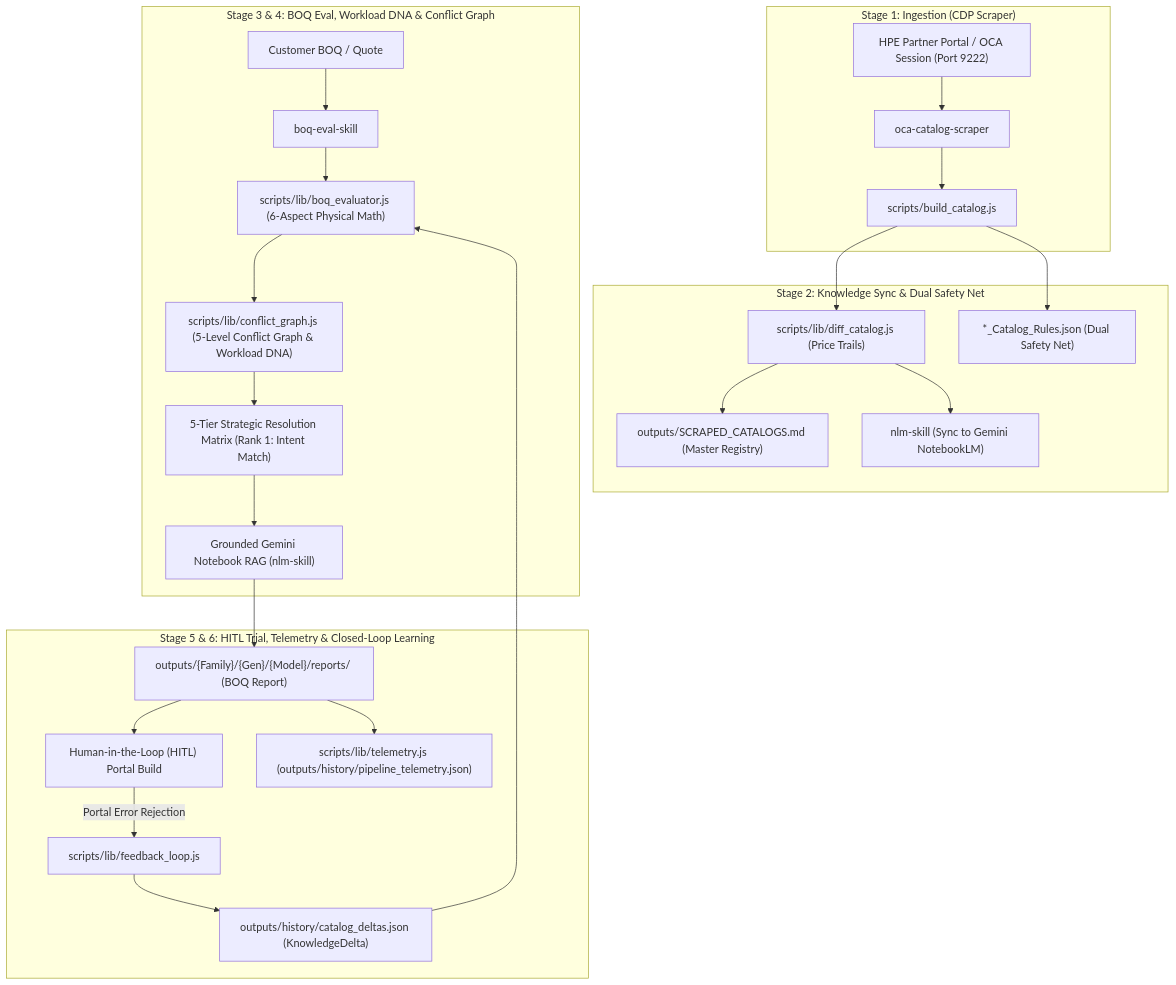
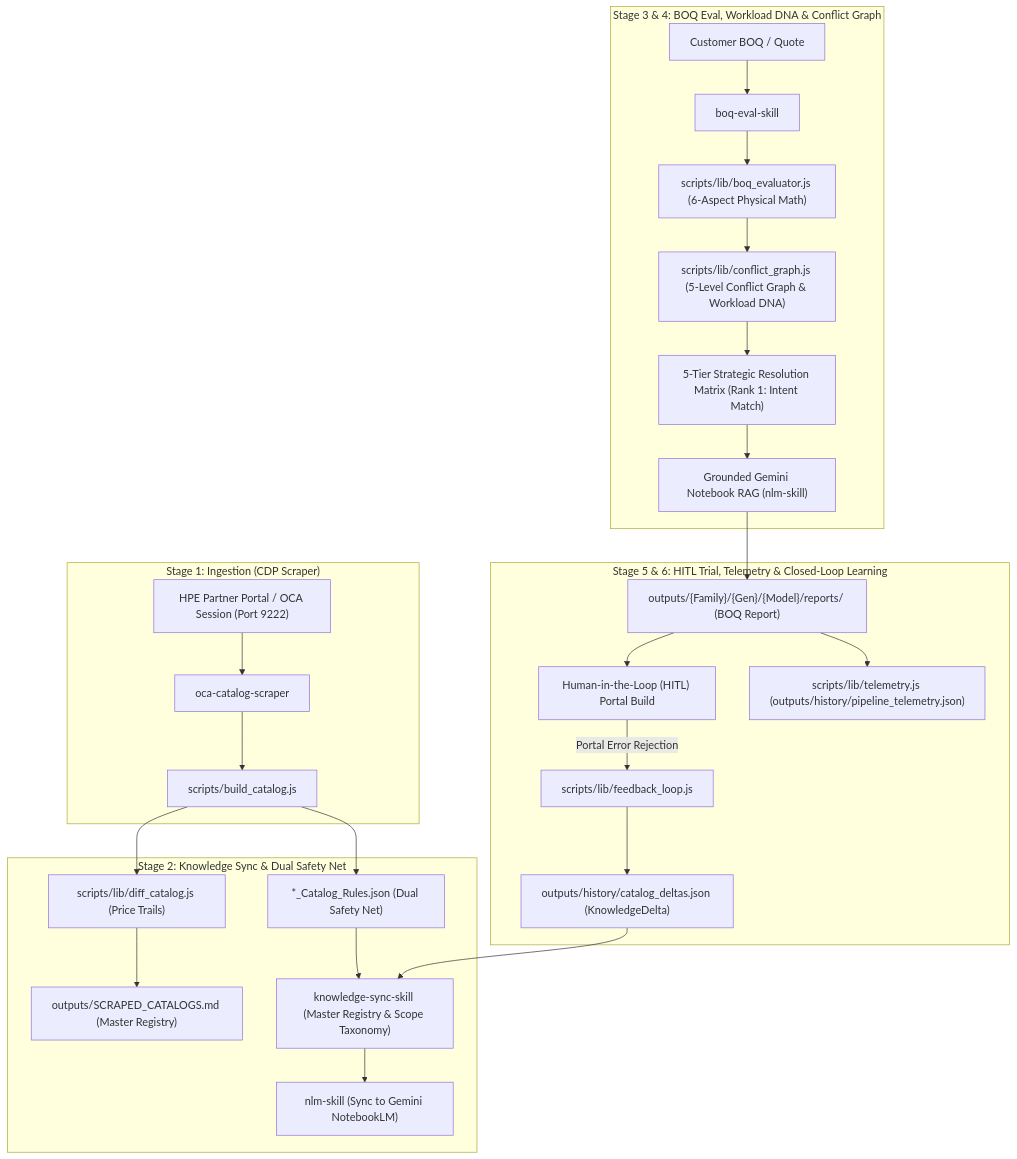
The diagram in .agents/skills/orchestrator-workflow-skill/SKILL.md (vinodhsubramanian123/vendorscrappingtoexcel), drawn with Mermaid before and after one commit. The commit also changed 36 other files, not shown here.

First line of the commit message:
feat(pipeline): complete Phase 0 & 0.5 hardening, Knowledge Sync Engine, CLI --json mode, and closed-loop skill integration

````diff
--- a/.agents/skills/orchestrator-workflow-skill/SKILL.md
+++ b/.agents/skills/orchestrator-workflow-skill/SKILL.md
@@ -14,31 +14,32 @@
 ```mermaid
 graph TD
     subgraph "Stage 1: Ingestion (CDP Scraper)"
         A["HPE Partner Portal / OCA Session (Port 9222)"] --> B["oca-catalog-scraper"]
         B --> C["scripts/build_catalog.js"]
     end
 
     subgraph "Stage 2: Knowledge Sync & Dual Safety Net"
         C --> D["scripts/lib/diff_catalog.js (Price Trails)"]
         C --> E["*_Catalog_Rules.json (Dual Safety Net)"]
         D --> F["outputs/SCRAPED_CATALOGS.md (Master Registry)"]
-        D --> G["nlm-skill (Sync to Gemini NotebookLM)"]
+        E --> G["knowledge-sync-skill (Master Registry & Scope Taxonomy)"]
+        G --> H["nlm-skill (Sync to Gemini NotebookLM)"]
     end
 
     subgraph "Stage 3 & 4: BOQ Eval, Workload DNA & Conflict Graph"
-        H["Customer BOQ / Quote"] --> I["boq-eval-skill"]
-        I --> J["scripts/lib/boq_evaluator.js (6-Aspect Physical Math)"]
-        J --> K["scripts/lib/conflict_graph.js (5-Level Conflict Graph & Workload DNA)"]
-        K --> L["5-Tier Strategic Resolution Matrix (Rank 1: Intent Match)"]
-        L --> M["Grounded Gemini Notebook RAG (nlm-skill)"]
+        I["Customer BOQ / Quote"] --> J["boq-eval-skill"]
+        J --> K["scripts/lib/boq_evaluator.js (6-Aspect Physical Math)"]
+        K --> L["scripts/lib/conflict_graph.js (5-Level Conflict Graph & Workload DNA)"]
+        L --> M["5-Tier Strategic Resolution Matrix (Rank 1: Intent Match)"]
+        M --> N["Grounded Gemini Notebook RAG (nlm-skill)"]
     end
 
     subgraph "Stage 5 & 6: HITL Trial, Telemetry & Closed-Loop Learning"
-        M --> N["outputs/{Family}/{Gen}/{Model}/reports/ (BOQ Report)"]
-        N --> O["Human-in-the-Loop (HITL) Portal Build"]
-        O -- "Portal Error Rejection" --> P["scripts/lib/feedback_loop.js"]
-        P --> Q["outputs/history/catalog_deltas.json (KnowledgeDelta)"]
-        Q --> J
-        N --> R["scripts/lib/telemetry.js (outputs/history/pipeline_telemetry.json)"]
+        N --> O["outputs/{Family}/{Gen}/{Model}/reports/ (BOQ Report)"]
+        O --> P["Human-in-the-Loop (HITL) Portal Build"]
+        P -- "Portal Error Rejection" --> Q["scripts/lib/feedback_loop.js"]
+        Q --> R["outputs/history/catalog_deltas.json (KnowledgeDelta)"]
+        R --> G
+        O --> S["scripts/lib/telemetry.js (outputs/history/pipeline_telemetry.json)"]
     end
 ```
````
